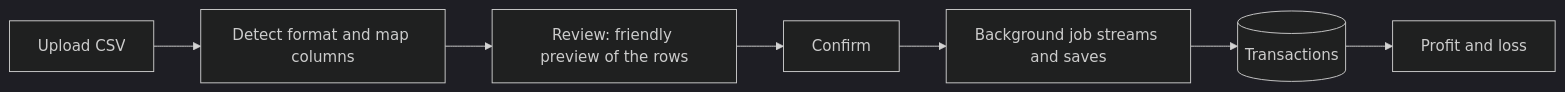
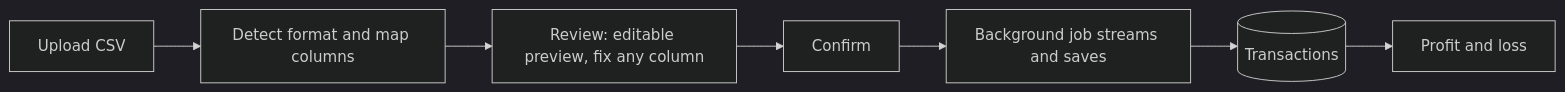
The second of 4 diagrams in README.md (luckyalvinyc/ledgerly), drawn with Mermaid (dark theme) before and after one commit. The commit also changed other lines of this file, not shown here.

Commit message:
update the readme for the editable, remembered import mapping

````diff
--- a/README.md
+++ b/README.md
@@ -100,9 +100,9 @@
 ```mermaid
 flowchart LR
   Upload["Upload CSV"] --> Detect["Detect format and map columns"]
-  Detect --> Review["Review: friendly preview of the rows"]
+  Detect --> Review["Review: editable preview, fix any column"]
   Review --> Confirm["Confirm"]
   Confirm --> Job["Background job streams and saves"]
   Job --> Rows[("Transactions")]
   Rows --> Pnl["Profit and loss"]
 ```
````
